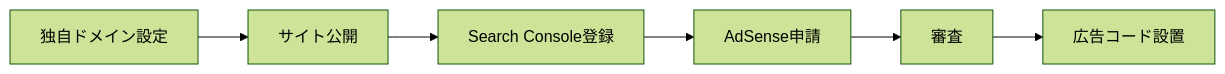
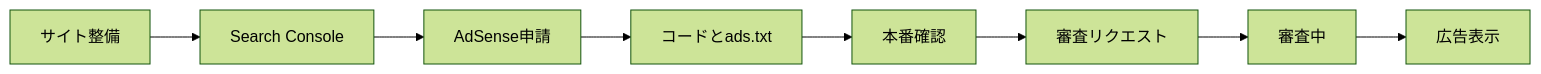
One commit to k5fujiwara/code-recipe changed the diagram in docs/development/google-adsense-setup.md. Above: the diagram before and after it, drawn with Mermaid (forest theme). The commit also changed other lines of this file and 3 other files, not shown here.

````diff
--- a/docs/development/google-adsense-setup.md
+++ b/docs/development/google-adsense-setup.md
@@ -15,8 +15,10 @@
 ```mermaid
 flowchart LR
-  A[独自ドメイン設定] --> B[サイト公開]
-  B --> C[Search Console登録]
-  C --> D[AdSense申請]
-  D --> E[審査]
-  E --> F[広告コード設置]
+  A[サイト整備] --> B[Search Console]
+  B --> C[AdSense申請]
+  C --> D[コードとads.txt]
+  D --> E[本番確認]
+  E --> F[審査リクエスト]
+  F --> G[審査中]
+  G --> H[広告表示]
 ```
````
